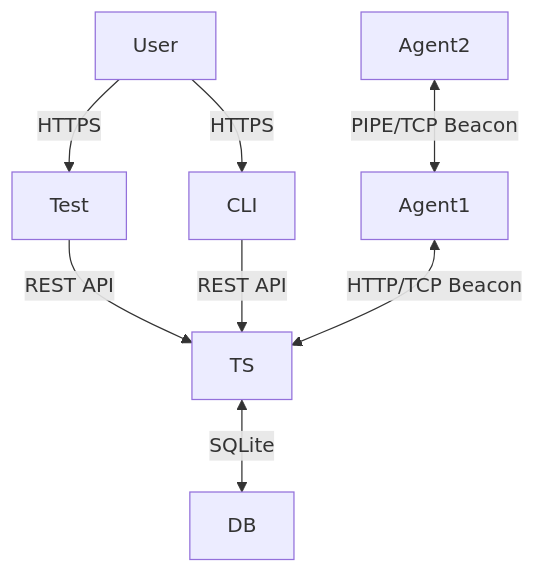
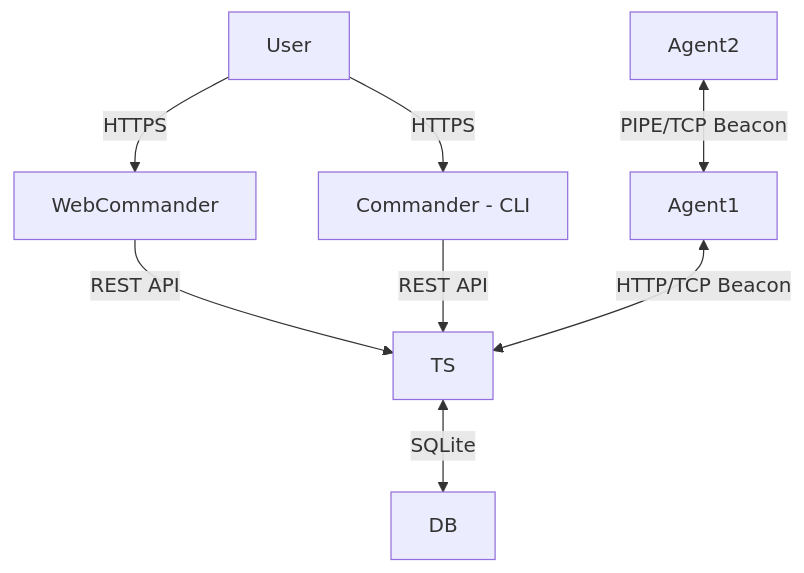
The first of 2 diagrams in docs/technical/architecture.md (Fropops/FractalC2), drawn with Mermaid before and after one commit.

Commit message:
Test Diagrams

````diff
--- a/docs/technical/architecture.md
+++ b/docs/technical/architecture.md
@@ -17,10 +17,10 @@
 ```mermaid
 graph TD
-    User -->|HTTPS| Web[Test]
-    User -->|HTTPS| CLI
+    User -->|HTTPS| Web[WebCommander]
+    User -->|HTTPS| CLI[Commander - CLI]
     Web -->|REST API| TS
     CLI -->|REST API| TS
     TS <-->|SQLite| DB
     Agent1 <-->|HTTP/TCP Beacon| TS
     Agent2 <-->|PIPE/TCP Beacon| Agent1
 ```
````
